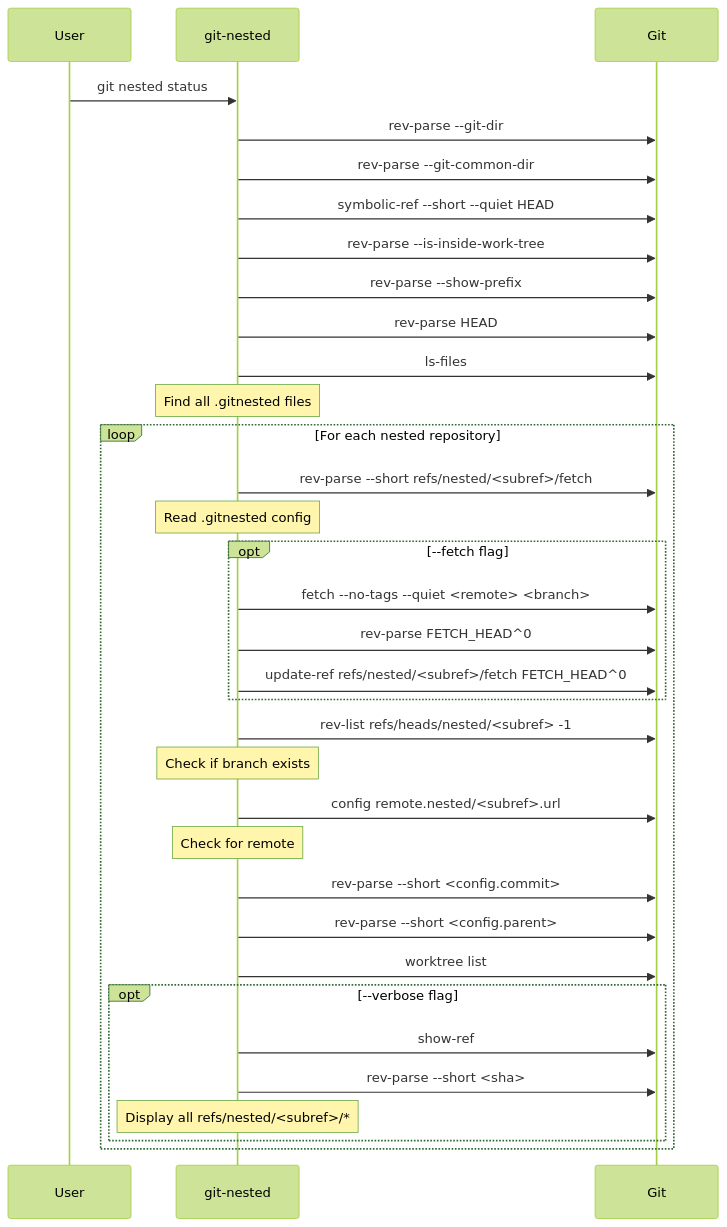
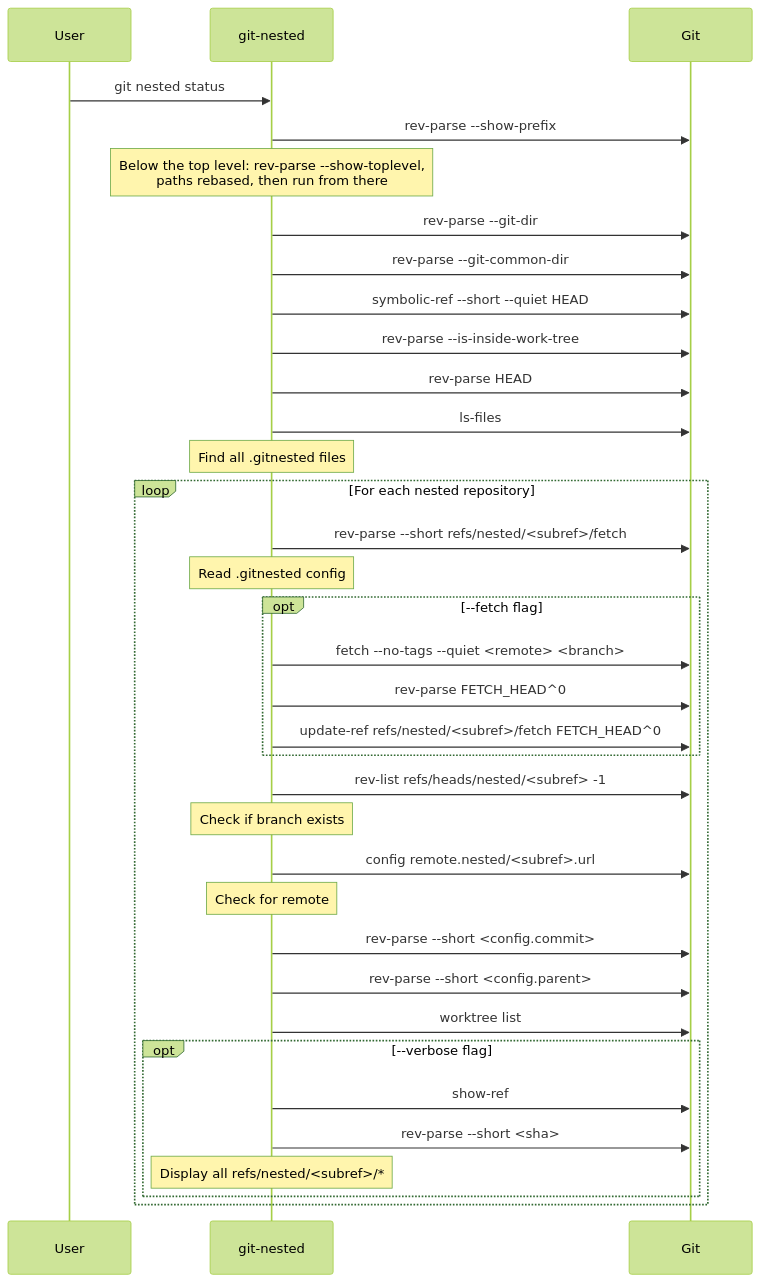
The ninth of 13 diagrams in docs/diagrams.md (thorsten-klein/git-nested), drawn with Mermaid (forest theme) before and after one commit. The commit also changed other lines of this file and 6 other files, not shown here.

First line of the commit message:
feat: run git-nested from any directory of the repository (#54)

````diff
--- a/docs/diagrams.md
+++ b/docs/diagrams.md
@@ -461,44 +469,45 @@
 ```mermaid
 sequenceDiagram
     participant User
     participant git-nested
     participant Git
 
     User->>git-nested: git nested status
+    git-nested->>Git: rev-parse --show-prefix
+    Note over git-nested: Below the top level: rev-parse --show-toplevel,<br/>paths rebased, then run from there
     git-nested->>Git: rev-parse --git-dir
     git-nested->>Git: rev-parse --git-common-dir
     git-nested->>Git: symbolic-ref --short --quiet HEAD
     git-nested->>Git: rev-parse --is-inside-work-tree
-    git-nested->>Git: rev-parse --show-prefix
     git-nested->>Git: rev-parse HEAD
 
     git-nested->>Git: ls-files
     Note over git-nested: Find all .gitnested files
 
     loop For each nested repository
         git-nested->>Git: rev-parse --short refs/nested/<subref>/fetch
         Note over git-nested: Read .gitnested config
 
         opt --fetch flag
             git-nested->>Git: fetch --no-tags --quiet <remote> <branch>
             git-nested->>Git: rev-parse FETCH_HEAD^0
             git-nested->>Git: update-ref refs/nested/<subref>/fetch FETCH_HEAD^0
         end
 
         git-nested->>Git: rev-list refs/heads/nested/<subref> -1
         Note over git-nested: Check if branch exists
 
         git-nested->>Git: config remote.nested/<subref>.url
         Note over git-nested: Check for remote
 
         git-nested->>Git: rev-parse --short <config.commit>
         git-nested->>Git: rev-parse --short <config.parent>
         git-nested->>Git: worktree list
 
         opt --verbose flag
             git-nested->>Git: show-ref
             git-nested->>Git: rev-parse --short <sha>
             Note over git-nested: Display all refs/nested/<subref>/*
         end
     end
 ```
````
